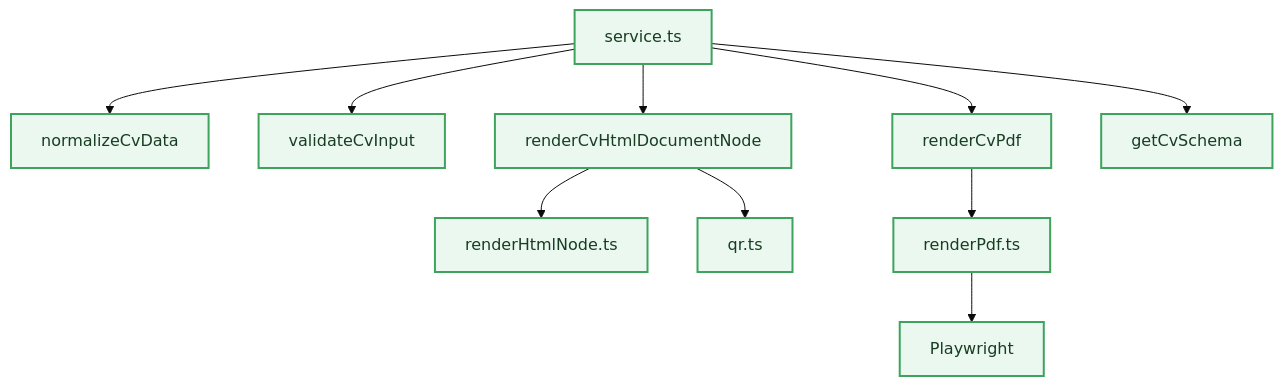
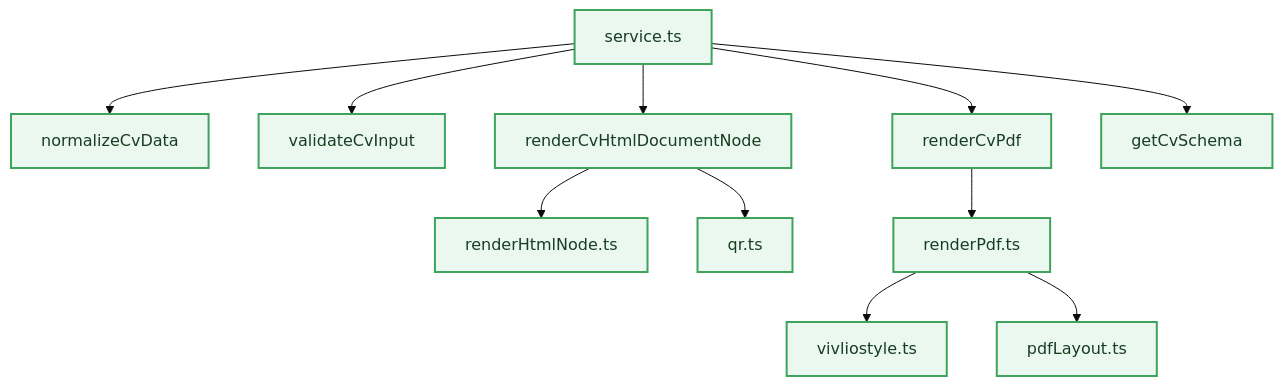
The fifth of 8 diagrams in APPLICATION_ARCHITECTURE_CV_GENERATOR.md (ClementV78/cv-generator-mcp), drawn with Mermaid (base theme) before and after one commit. The commit also changed other lines of this file and 20 other files, not shown here.

Commit message:
Switch PDF backend to Vivliostyle and refresh docs

````diff
--- a/APPLICATION_ARCHITECTURE_CV_GENERATOR.md
+++ b/APPLICATION_ARCHITECTURE_CV_GENERATOR.md
@@ -329,16 +330,17 @@
 ```mermaid
 flowchart TD
     A[service.ts] --> B[normalizeCvData]
     A --> C[validateCvInput]
     A --> D[renderCvHtmlDocumentNode]
     A --> E[renderCvPdf]
     A --> F[getCvSchema]
 
     D --> G[renderHtmlNode.ts]
     E --> H[renderPdf.ts]
-    H --> I[Playwright]
-    D --> J[qr.ts]
+    H --> I[vivliostyle.ts]
+    H --> J[pdfLayout.ts]
+    D --> K[qr.ts]
 
     classDef eng fill:#EBF8EF,stroke:#3DA35D,color:#183D22,stroke-width:2px;
-    class A,B,C,D,E,F,G,H,I,J eng;
+    class A,B,C,D,E,F,G,H,I,J,K eng;
 ```
````
